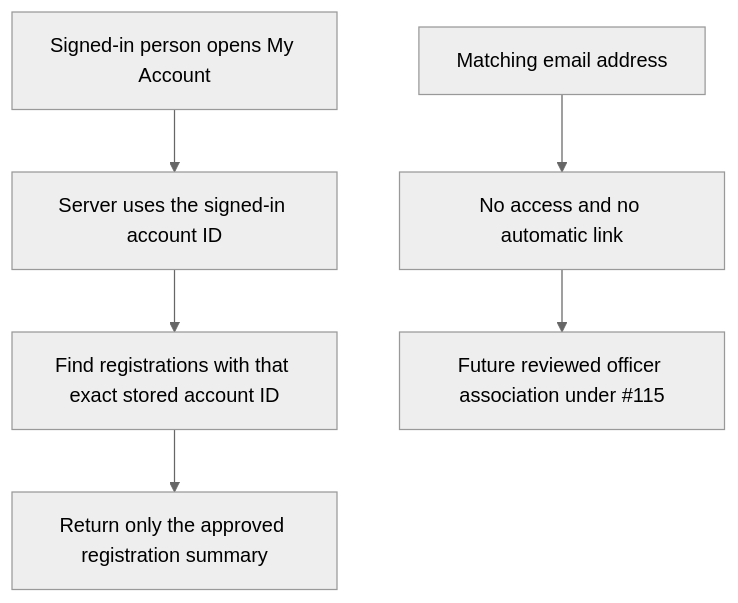
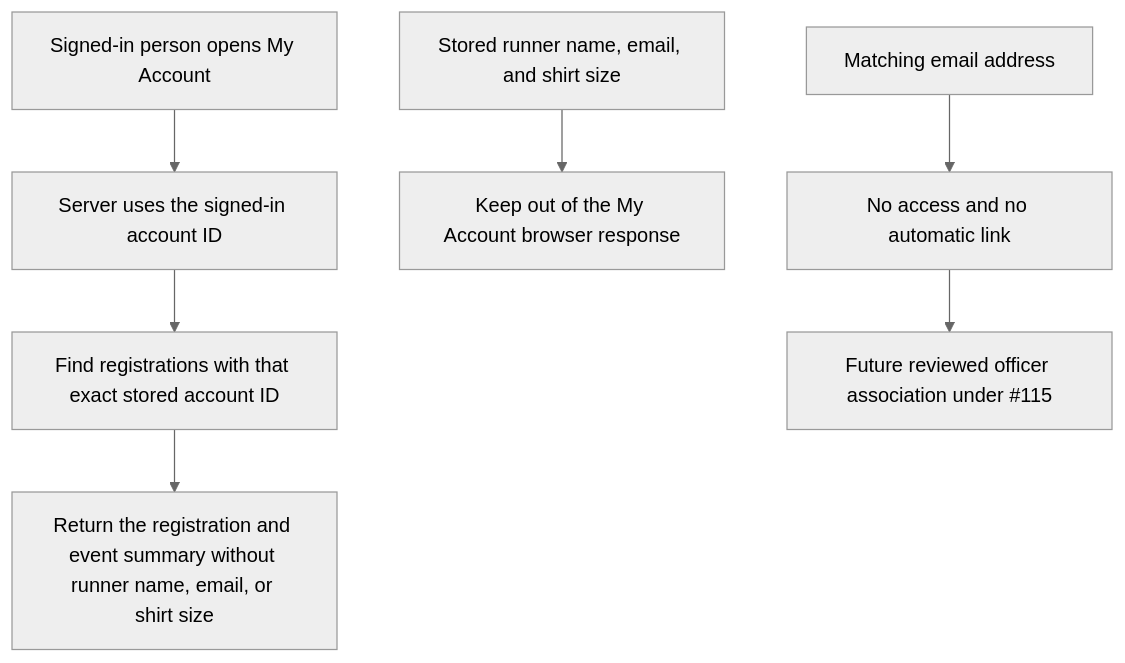
Before and after one commit to Run-MPRC/Run-MPRC.github.io: diagram 24 of 51 in docs/officers/EVENTS_SHOP_MEMBERS.md, drawn with Mermaid (neutral theme). The commit also changed other lines of this file and 4 other files, not shown here.

Commit message:
fix: minimize My Account registration data (#553)

````diff
--- a/docs/officers/EVENTS_SHOP_MEMBERS.md
+++ b/docs/officers/EVENTS_SHOP_MEMBERS.md
@@ -1383,8 +1383,9 @@
 ```mermaid
 flowchart TD
     A["Signed-in person opens My Account"] --> B["Server uses the signed-in account ID"]
     B --> C["Find registrations with that exact stored account ID"]
-    C --> D["Return only the approved registration summary"]
+    C --> D["Return the registration and event summary without runner name, email, or shirt size"]
+    H["Stored runner name, email, and shirt size"] --> I["Keep out of the My Account browser response"]
     E["Matching email address"] --> F["No access and no automatic link"]
     F --> G["Future reviewed officer association under #115"]
 ```
````
